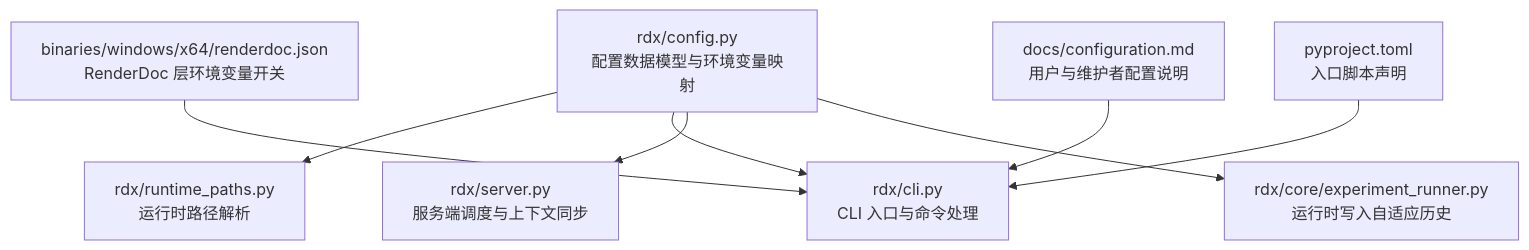
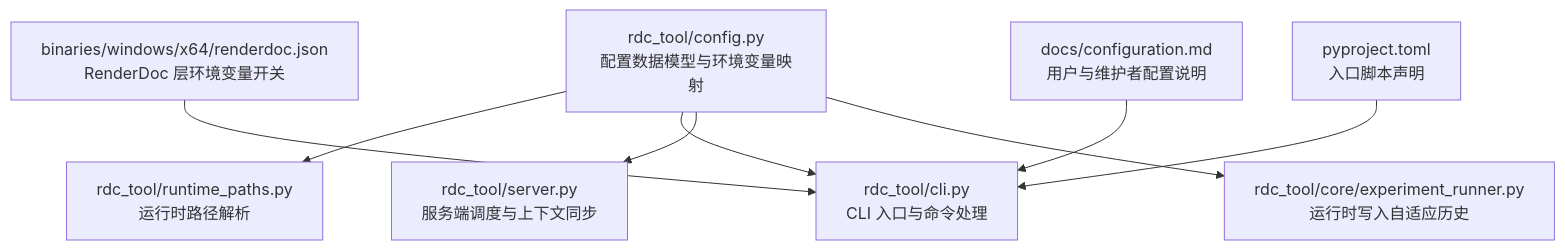
The first of 7 diagrams in .qoder/repowiki/zh/content/运行时管理/配置管理系统.md (haolange/RDC-Tool), drawn with Mermaid before and after one commit. The commit also changed other lines of this file and 388 other files, not shown here.

First line of the commit message:
Release RDC-Tool identity and public maintenance surface

````diff
--- a/.qoder/repowiki/zh/content/运行时管理/配置管理系统.md
+++ b/.qoder/repowiki/zh/content/运行时管理/配置管理系统.md
@@ -39,10 +39,10 @@
 ```mermaid
 graph TB
-A["rdx/config.py<br/>配置数据模型与环境变量映射"] --> B["rdx/runtime_paths.py<br/>运行时路径解析"]
-A --> C["rdx/cli.py<br/>CLI 入口与命令处理"]
-A --> D["rdx/server.py<br/>服务端调度与上下文同步"]
-A --> E["rdx/core/experiment_runner.py<br/>运行时写入自适应历史"]
+A["rdc_tool/config.py<br/>配置数据模型与环境变量映射"] --> B["rdc_tool/runtime_paths.py<br/>运行时路径解析"]
+A --> C["rdc_tool/cli.py<br/>CLI 入口与命令处理"]
+A --> D["rdc_tool/server.py<br/>服务端调度与上下文同步"]
+A --> E["rdc_tool/core/experiment_runner.py<br/>运行时写入自适应历史"]
 F["binaries/windows/x64/renderdoc.json<br/>RenderDoc 层环境变量开关"] --> C
 G["docs/configuration.md<br/>用户与维护者配置说明"] --> C
 H["pyproject.toml<br/>入口脚本声明"] --> C
 ```
````
